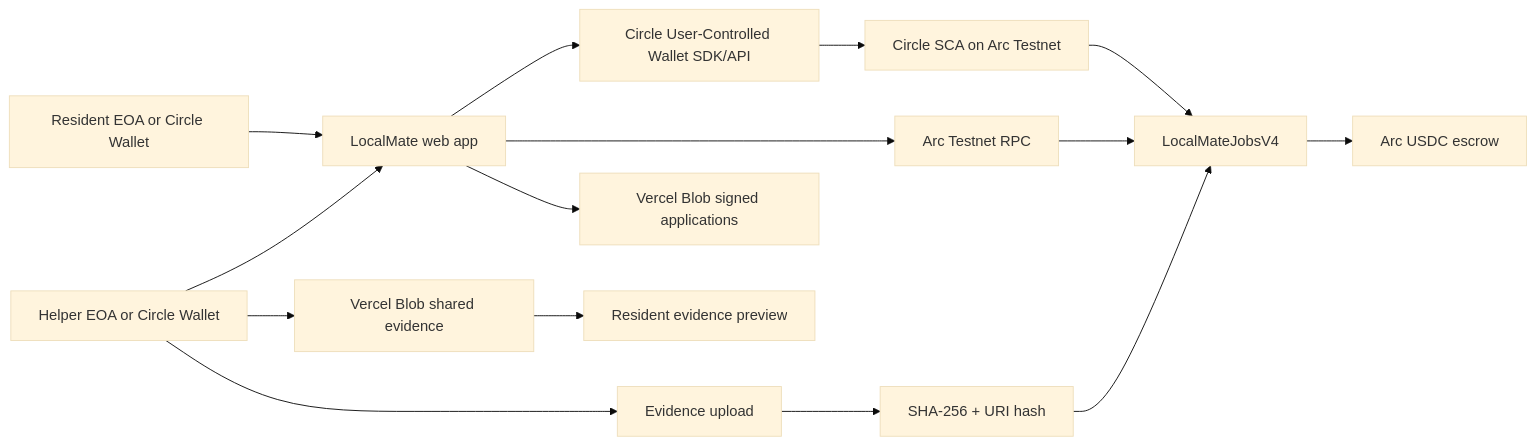
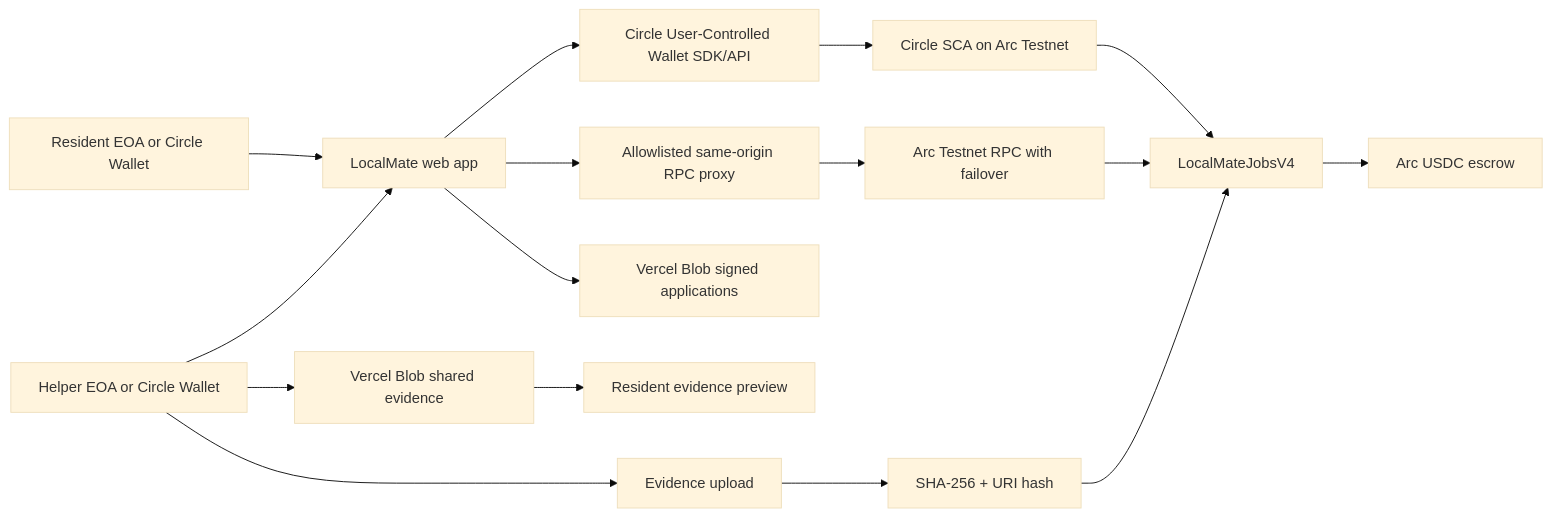
The diagram in ARCHITECTURE.md (eaglebooth/LocalMate-Arc), drawn with Mermaid (base theme) before and after one commit. The commit also changed 3 other files, not shown here.

Commit message:
Add reliable Arc RPC proxy for cross-browser job discovery

````diff
--- a/ARCHITECTURE.md
+++ b/ARCHITECTURE.md
@@ -5,17 +5,18 @@
 ```mermaid
 flowchart LR
   R[Resident EOA or Circle Wallet] --> UI[LocalMate web app]
   H[Helper EOA or Circle Wallet] --> UI
   UI --> C[Circle User-Controlled Wallet SDK/API]
-  UI --> RPC[Arc Testnet RPC]
+  UI --> P[Allowlisted same-origin RPC proxy]
+  P --> RPC[Arc Testnet RPC with failover]
   UI --> A[Vercel Blob signed applications]
   C --> SCA[Circle SCA on Arc Testnet]
   SCA --> V4[LocalMateJobsV4]
   RPC --> V4
   V4 --> U[Arc USDC escrow]
   H --> B[Vercel Blob shared evidence]
   B --> E[Resident evidence preview]
   H --> E2[Evidence upload]
   E2 --> HASH[SHA-256 + URI hash]
   HASH --> V4
 ```
````
